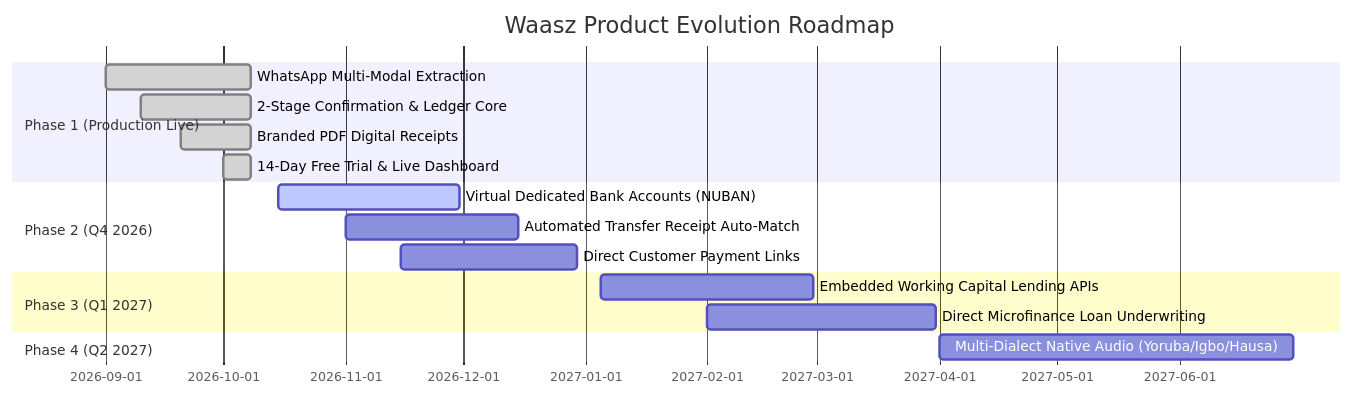
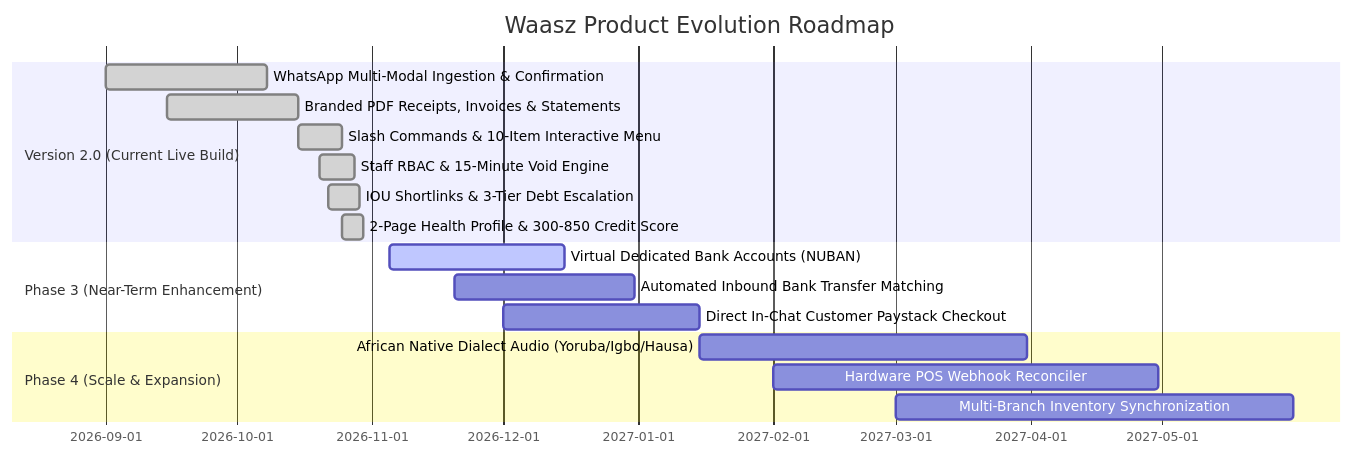
Before and after one commit to ndiezeifeanyi/Waasz-AI-Business-Analyst: the diagram in sme-ai-business-analyst/docs/PRD.md, drawn with Mermaid. The commit also changed other lines of this file and 1 other file, not shown here.

Commit message:
docs: update PRD to version 2.0 and add command test verification

````diff
--- a/sme-ai-business-analyst/docs/PRD.md
+++ b/sme-ai-business-analyst/docs/PRD.md
@@ -252,19 +355,20 @@
 ```mermaid
 gantt
     title Waasz Product Evolution Roadmap
     dateFormat  YYYY-MM-DD
-    section Phase 1 (Production Live)
-    WhatsApp Multi-Modal Extraction        :done, p1_1, 2026-09-01, 2026-10-08
-    2-Stage Confirmation & Ledger Core     :done, p1_2, 2026-09-10, 2026-10-08
-    Branded PDF Digital Receipts           :done, p1_3, 2026-09-20, 2026-10-08
-    14-Day Free Trial & Live Dashboard     :done, p1_4, 2026-10-01, 2026-10-08
-    section Phase 2 (Q4 2026)
-    Virtual Dedicated Bank Accounts (NUBAN):active, p2_1, 2026-10-15, 2026-11-30
-    Automated Transfer Receipt Auto-Match  :p2_2, 2026-11-01, 2026-12-15
-    Direct Customer Payment Links          :p2_3, 2026-11-15, 2026-12-30
-    section Phase 3 (Q1 2027)
-    Embedded Working Capital Lending APIs  :p3_1, 2027-01-05, 2027-02-28
-    Direct Microfinance Loan Underwriting  :p3_2, 2027-02-01, 2027-03-31
-    section Phase 4 (Q2 2027)
-    Multi-Dialect Native Audio (Yoruba/Igbo/Hausa): p4_1, 2027-04-01, 2027-06-30
+    section Version 2.0 (Current Live Build)
+    WhatsApp Multi-Modal Ingestion & Confirmation :done, v2_1, 2026-09-01, 2026-10-08
+    Branded PDF Receipts, Invoices & Statements   :done, v2_2, 2026-09-15, 2026-10-15
+    Slash Commands & 10-Item Interactive Menu     :done, v2_3, 2026-10-15, 2026-10-25
+    Staff RBAC & 15-Minute Void Engine           :done, v2_4, 2026-10-20, 2026-10-28
+    IOU Shortlinks & 3-Tier Debt Escalation       :done, v2_5, 2026-10-22, 2026-10-29
+    2-Page Health Profile & 300-850 Credit Score  :done, v2_6, 2026-10-25, 2026-10-30
+    section Phase 3 (Near-Term Enhancement)
+    Virtual Dedicated Bank Accounts (NUBAN)       :active, p3_1, 2026-11-05, 2026-12-15
+    Automated Inbound Bank Transfer Matching      :p3_2, 2026-11-20, 2026-12-31
+    Direct In-Chat Customer Paystack Checkout     :p3_3, 2026-12-01, 2027-01-15
+    section Phase 4 (Scale & Expansion)
+    African Native Dialect Audio (Yoruba/Igbo/Hausa): p4_1, 2027-01-15, 2027-03-31
+    Hardware POS Webhook Reconciler               :p4_2, 2027-02-01, 2027-04-30
+    Multi-Branch Inventory Synchronization        :p4_3, 2027-03-01, 2027-05-31
 ```
````
